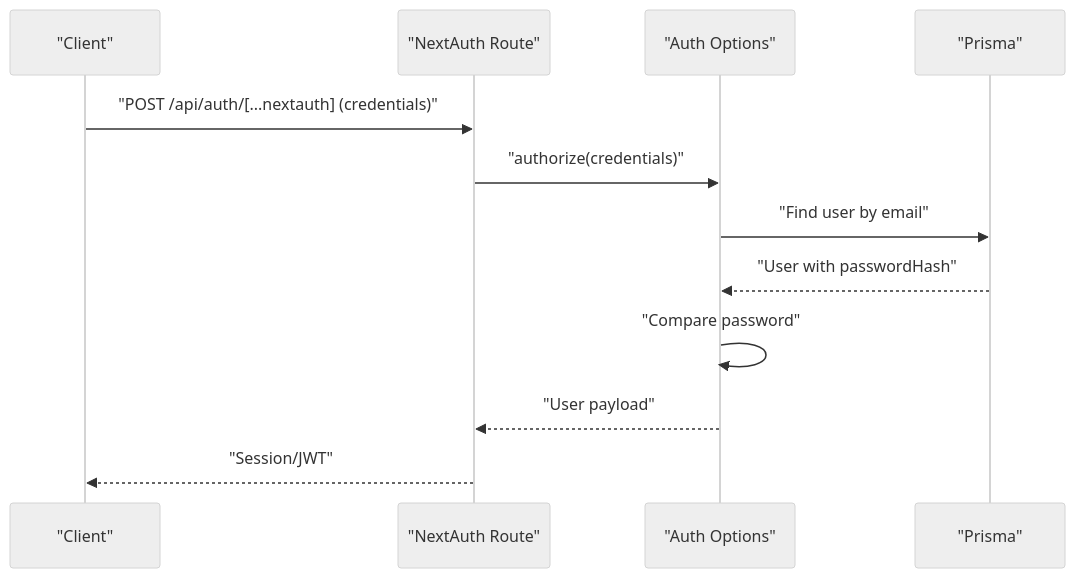
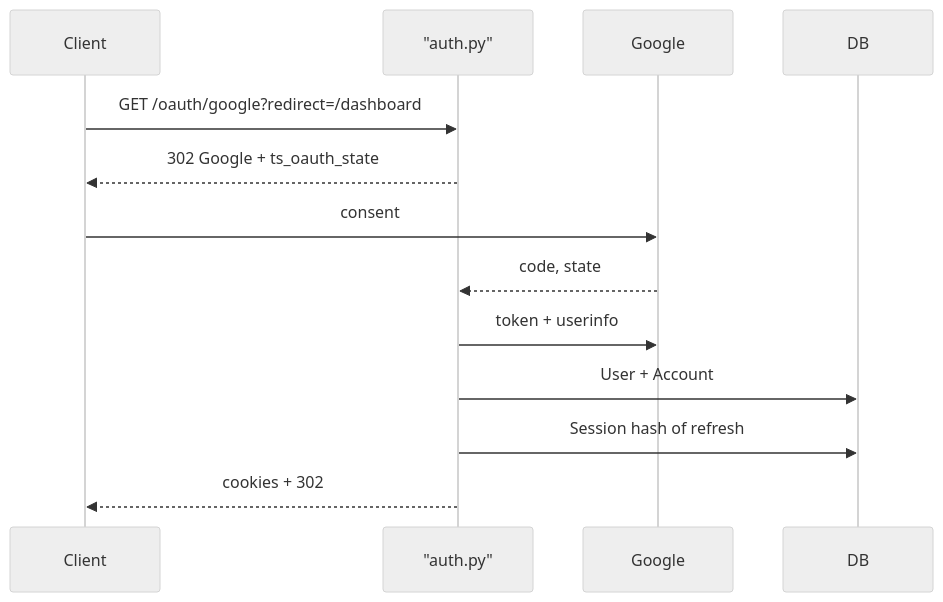
The fourth of 5 diagrams in src/data/docs/talentsync/Backend API Reference/Authentication API.md (tashifkhan/tashif.codes), drawn with Mermaid (neutral theme) before and after one commit. The commit also changed other lines of this file and 2128 other files, not shown here.

First line of the commit message:
docs: replace raster diagram images with native Mermaid across project guides

````diff
--- a/src/data/docs/talentsync/Backend API Reference/Authentication API.md
+++ b/src/data/docs/talentsync/Backend API Reference/Authentication API.md
@@ -115,14 +125,15 @@
 ```mermaid
 sequenceDiagram
-participant Client as "Client"
-participant NextAuth as "NextAuth Route"
-participant Auth as "Auth Options"
-participant DB as "Prisma"
-Client->>NextAuth : "POST /api/auth/[...nextauth] (credentials)"
-NextAuth->>Auth : "authorize(credentials)"
-Auth->>DB : "Find user by email"
-DB-->>Auth : "User with passwordHash"
-Auth->>Auth : "Compare password"
-Auth-->>NextAuth : "User payload"
-NextAuth-->>Client : "Session/JWT"
+participant Client
+participant Auth as "auth.py"
+participant Google
+participant DB
+Client->>Auth : GET /oauth/google?redirect=/dashboard
+Auth-->>Client : 302 Google + ts_oauth_state
+Client->>Google : consent
+Google-->>Auth : code, state
+Auth->>Google : token + userinfo
+Auth->>DB : User + Account
+Auth->>DB : Session hash of refresh
+Auth-->>Client : cookies + 302
 ```
````
